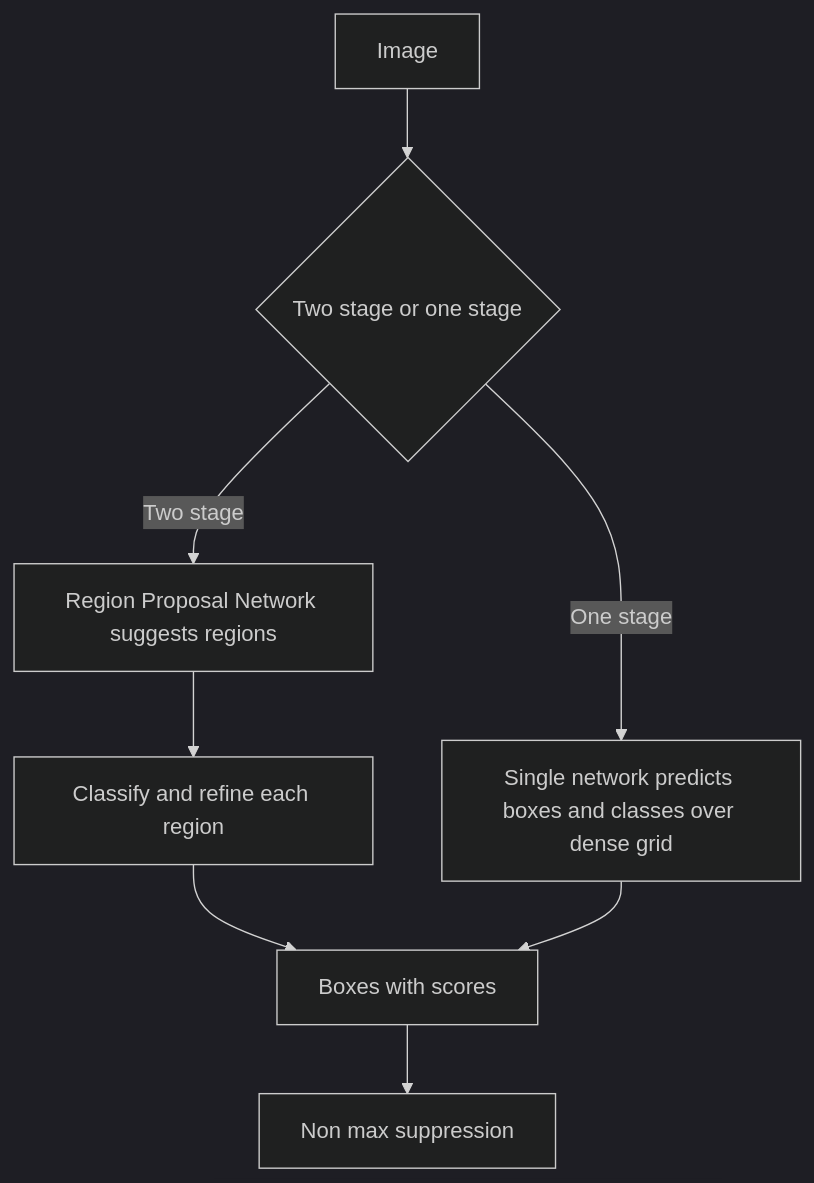
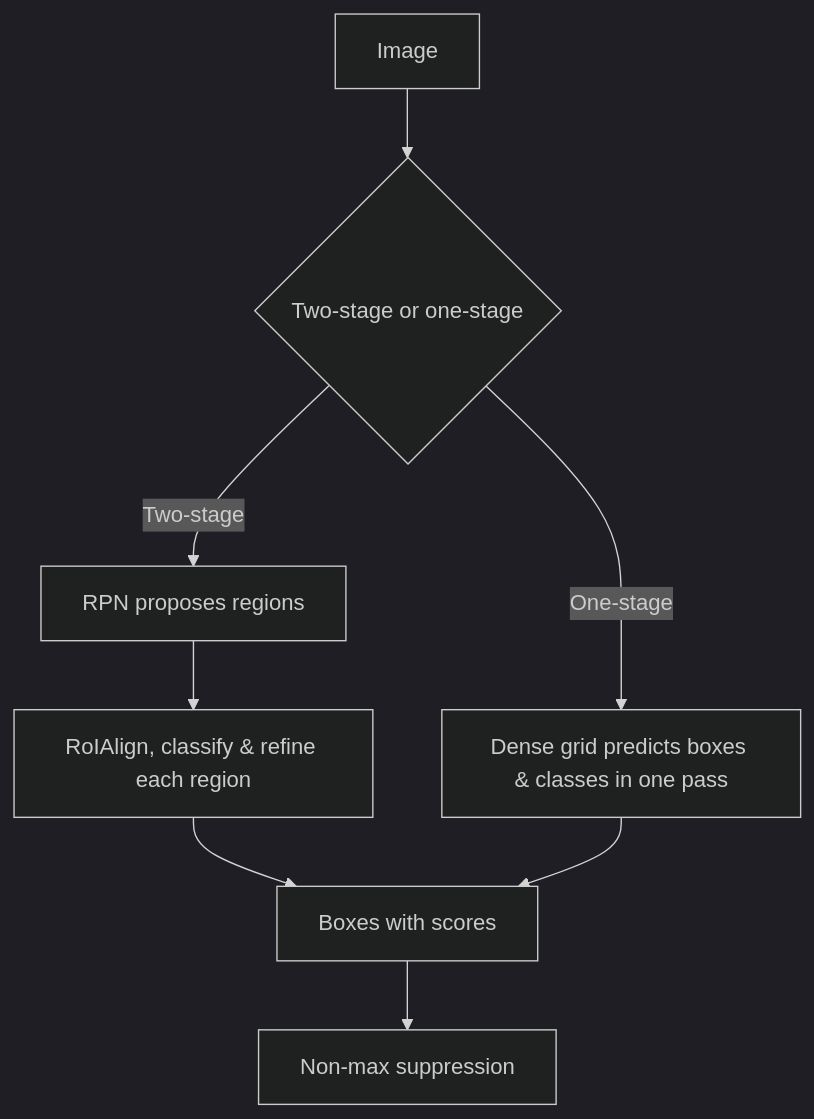
The diagram in curriculum/week-06-object-detection/lecture-notes/02-nms-and-architectures.md (CODECRUNCHWORLDWIDE/C56-CRUNCH-VISION), drawn with Mermaid (dark theme) before and after one commit. The commit also changed other lines of this file and 254 other files, not shown here.

Commit message:
docs: add diagrams + sync content from curriculum source

````diff
--- a/curriculum/week-06-object-detection/lecture-notes/02-nms-and-architectures.md
+++ b/curriculum/week-06-object-detection/lecture-notes/02-nms-and-architectures.md
@@ -41,10 +71,10 @@
 ```mermaid
 flowchart TD
-  A["Image"] --> B{"Two stage or one stage"}
-  B -->|"Two stage"| C["Region Proposal Network suggests regions"]
-  C --> D["Classify and refine each region"]
-  B -->|"One stage"| E["Single network predicts boxes and classes over dense grid"]
+  A["Image"] --> B{"Two-stage or one-stage"}
+  B -->|"Two-stage"| C["RPN proposes regions"]
+  C --> D["RoIAlign, classify & refine each region"]
+  B -->|"One-stage"| E["Dense grid predicts boxes & classes in one pass"]
   D --> F["Boxes with scores"]
   E --> F
-  F --> G["Non max suppression"]
+  F --> G["Non-max suppression"]
 ```
````
